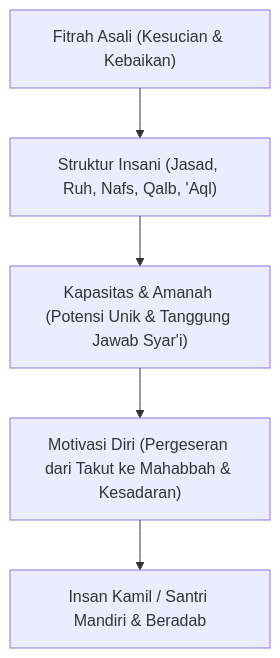
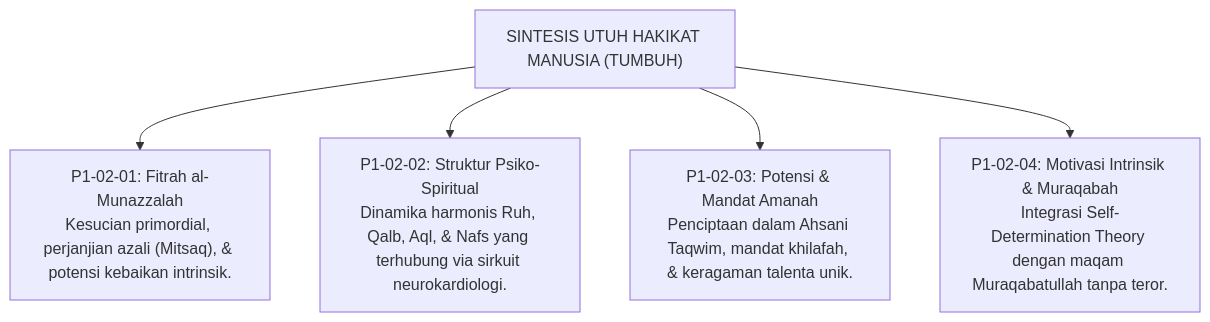
Before and after one commit to wandiapriliyandi/tumbuh: the diagram in 01 Philosophy/02 Human Nature/P1-02-05-Sintesis-Human-Nature.md, drawn with Mermaid. The commit also changed other lines of this file and 5 other files, not shown here.

````diff
--- a/01 Philosophy/02 Human Nature/P1-02-05-Sintesis-Human-Nature.md
+++ b/01 Philosophy/02 Human Nature/P1-02-05-Sintesis-Human-Nature.md
@@ -7,7 +23,12 @@
 ```mermaid
 graph TD
-    A["Fitrah Asali (Kesucian & Kebaikan)"] --> B["Struktur Insani (Jasad, Ruh, Nafs, Qalb, 'Aql)"]
-    B --> C["Kapasitas & Amanah (Potensi Unik & Tanggung Jawab Syar'i)"]
-    C --> D["Motivasi Diri (Pergeseran dari Takut ke Mahabbah & Kesadaran)"]
-    D --> E["Insan Kamil / Santri Mandiri & Beradab"]
+    Sintesis["SINTESIS UTUH HAKIKAT MANUSIA (TUMBUH)"]
+    
+    Sintesis --> P1["P1-02-01: Fitrah al-Munazzalah<br/>Kesucian primordial, perjanjian azali (Mitsaq), & potensi kebaikan intrinsik."]
+    
+    Sintesis --> P2["P1-02-02: Struktur Psiko-Spiritual<br/>Dinamika harmonis Ruh, Qalb, Aql, & Nafs yang terhubung via sirkuit neurokardiologi."]
+    
+    Sintesis --> P3["P1-02-03: Potensi & Mandat Amanah<br/>Penciptaan dalam Ahsani Taqwim, mandat khilafah, & keragaman talenta unik."]
+    
+    Sintesis --> P4["P1-02-04: Motivasi Intrinsik & Muraqabah<br/>Integrasi Self-Determination Theory dengan maqam Muraqabatullah tanpa teror."]
 ```
````
